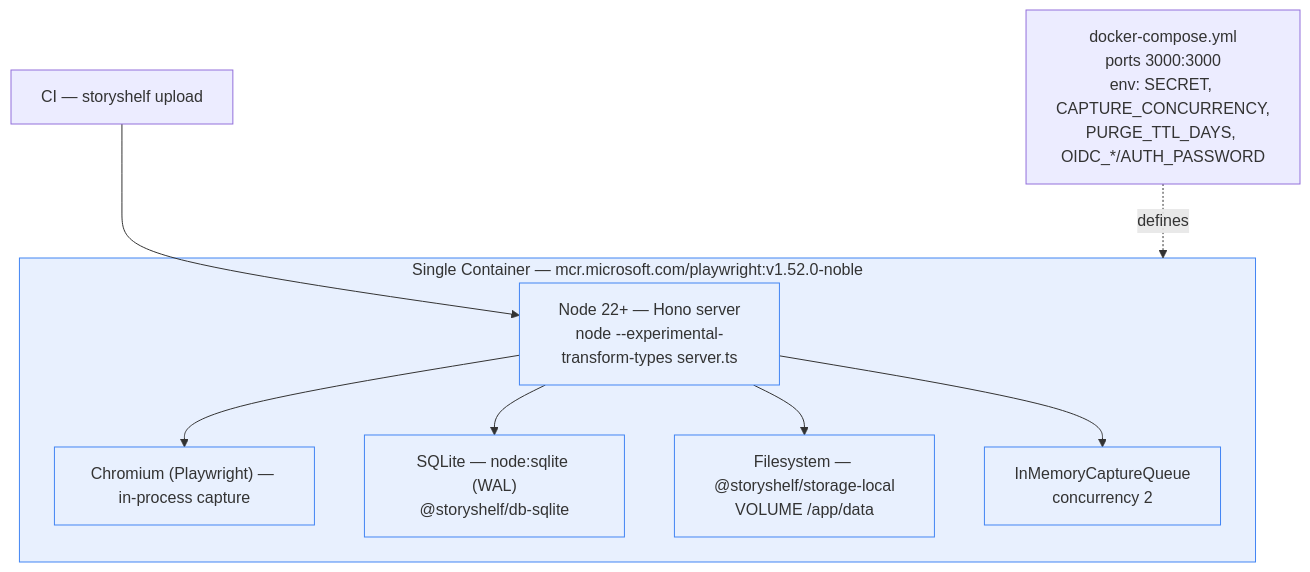
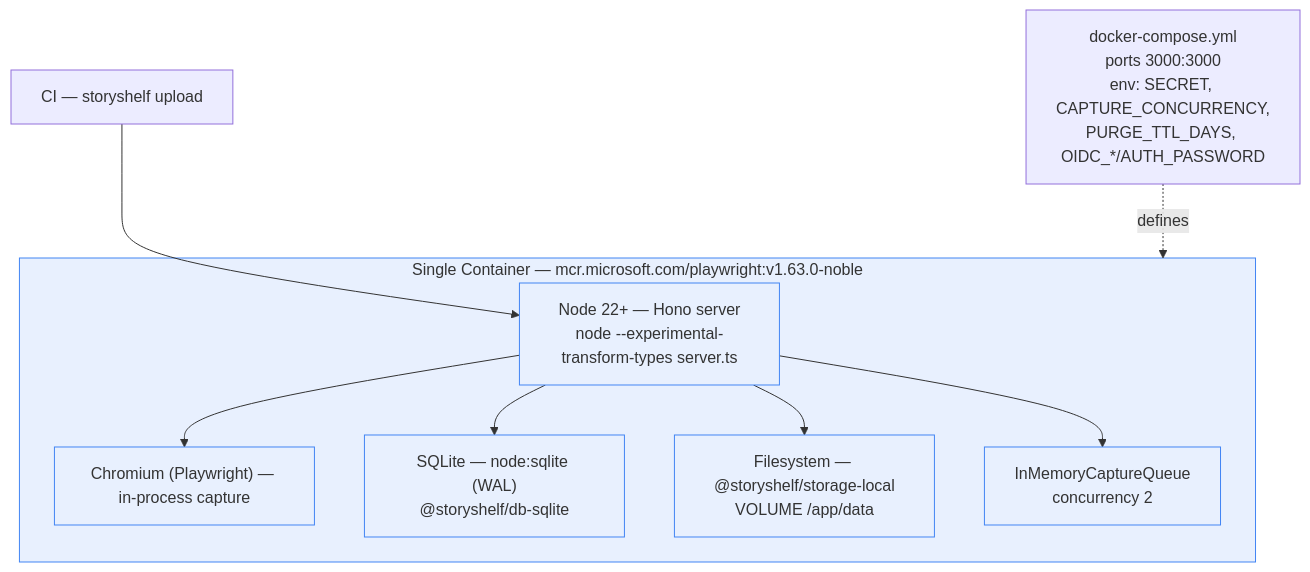
Diagram 14 of 18 in docs/architecture-diagrams.md (GuptaSiddhant/StoryShelf), drawn with Mermaid before and after one commit. The commit also changed 9 other files, not shown here.

````diff
--- a/docs/architecture-diagrams.md
+++ b/docs/architecture-diagrams.md
@@ -762,23 +762,23 @@
 ```mermaid
 flowchart TB
-    subgraph Docker["Single Container — mcr.microsoft.com/playwright:v1.52.0-noble"]
+    subgraph Docker["Single Container — mcr.microsoft.com/playwright:v1.63.0-noble"]
         Node["Node 22+ — Hono server<br/>node --experimental-transform-types server.ts"]
         PW["Chromium (Playwright) — in-process capture"]
         SQLite["SQLite — node:sqlite (WAL)<br/>@storyshelf/db-sqlite"]
         FS["Filesystem — @storyshelf/storage-local<br/>VOLUME /app/data"]
         Queue2["InMemoryCaptureQueue<br/>concurrency 2"]
     end
 
     Compose["docker-compose.yml<br/>ports 3000:3000<br/>env: SECRET, CAPTURE_CONCURRENCY,<br/>PURGE_TTL_DAYS, OIDC_*/AUTH_PASSWORD"]
     CI2["CI — storyshelf upload"]
 
     CI2 --> Node
     Node --> PW
     Node --> SQLite
     Node --> FS
     Node --> Queue2
     Compose -. defines .-> Docker
 
     classDef container fill:#e8f0fe,stroke:#4285f4;
     class Docker,Node,PW,SQLite,FS,Queue2 container;
 ```
````
